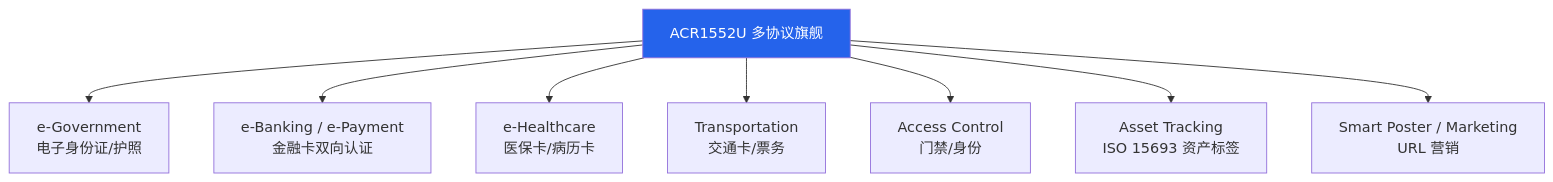
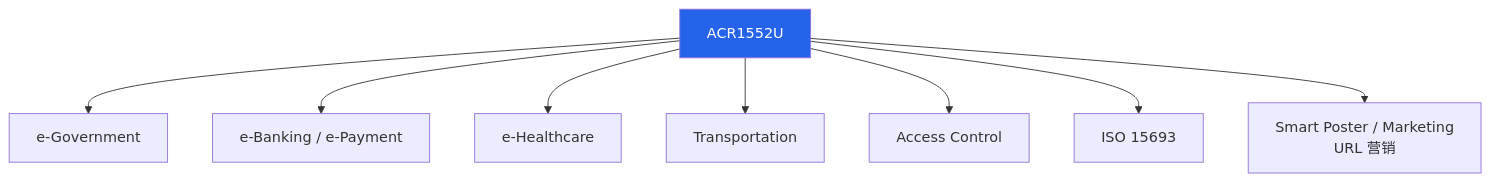
One commit to yopitek/yupitek-wiki changed the diagram in i18n/zh-CN/docusaurus-plugin-content-docs/current/05-acs/products/acr1552u/index.md. Above: the diagram before and after it, drawn with Mermaid. The commit also changed other lines of this file and 11 other files, not shown here.

````diff
--- a/i18n/zh-CN/docusaurus-plugin-content-docs/current/05-acs/products/acr1552u/index.md
+++ b/i18n/zh-CN/docusaurus-plugin-content-docs/current/05-acs/products/acr1552u/index.md
@@ -71,12 +70,12 @@
 ```mermaid
 flowchart TD
-    A[ACR1552U 多协议旗舰] --> B[e-Government<br/>电子身份证/护照]
-    A --> C[e-Banking / e-Payment<br/>金融卡双向认证]
-    A --> D[e-Healthcare<br/>医保卡/病历卡]
-    A --> E[Transportation<br/>交通卡/票务]
-    A --> F[Access Control<br/>门禁/身份]
-    A --> G[Asset Tracking<br/>ISO 15693 资产标签]
+    A[ACR1552U] --> B[e-Government]
+    A --> C[e-Banking / e-Payment]
+    A --> D[e-Healthcare]
+    A --> E[Transportation]
+    A --> F[Access Control]
+    A --> G[ISO 15693]
     A --> H[Smart Poster / Marketing<br/>URL 营销]
 
     style A fill:#2563eb,color:#fff
 ```
````
